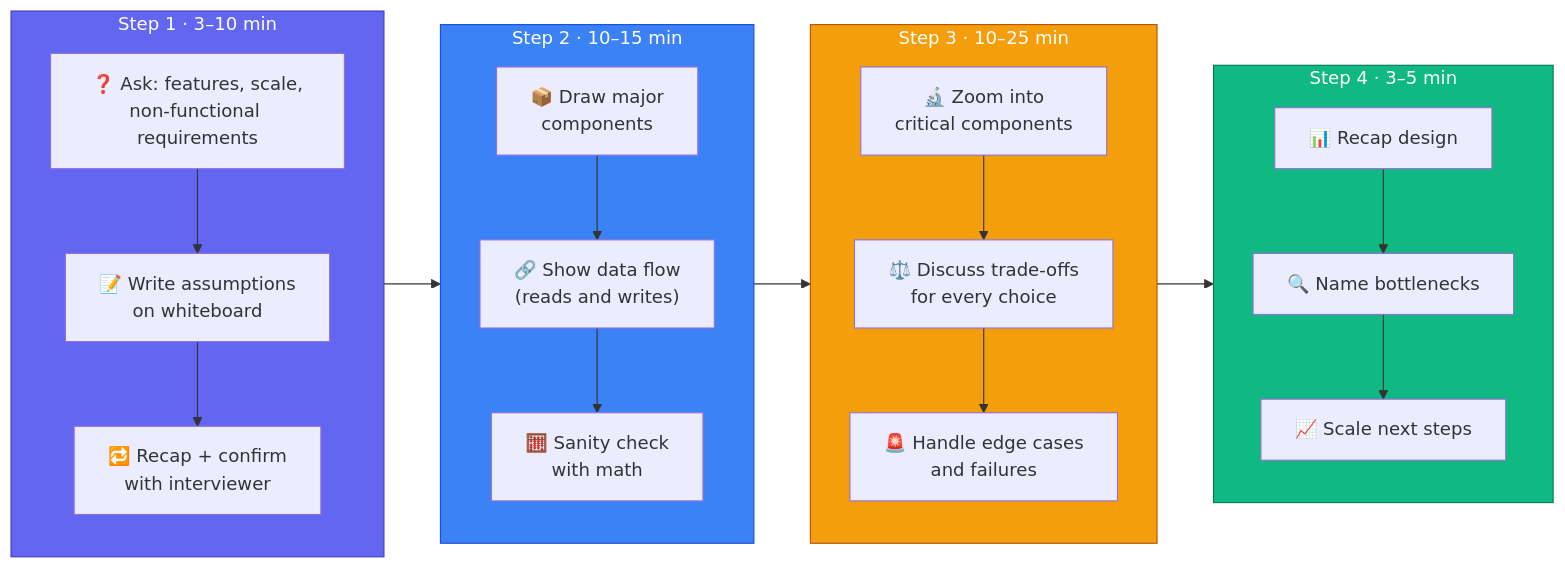
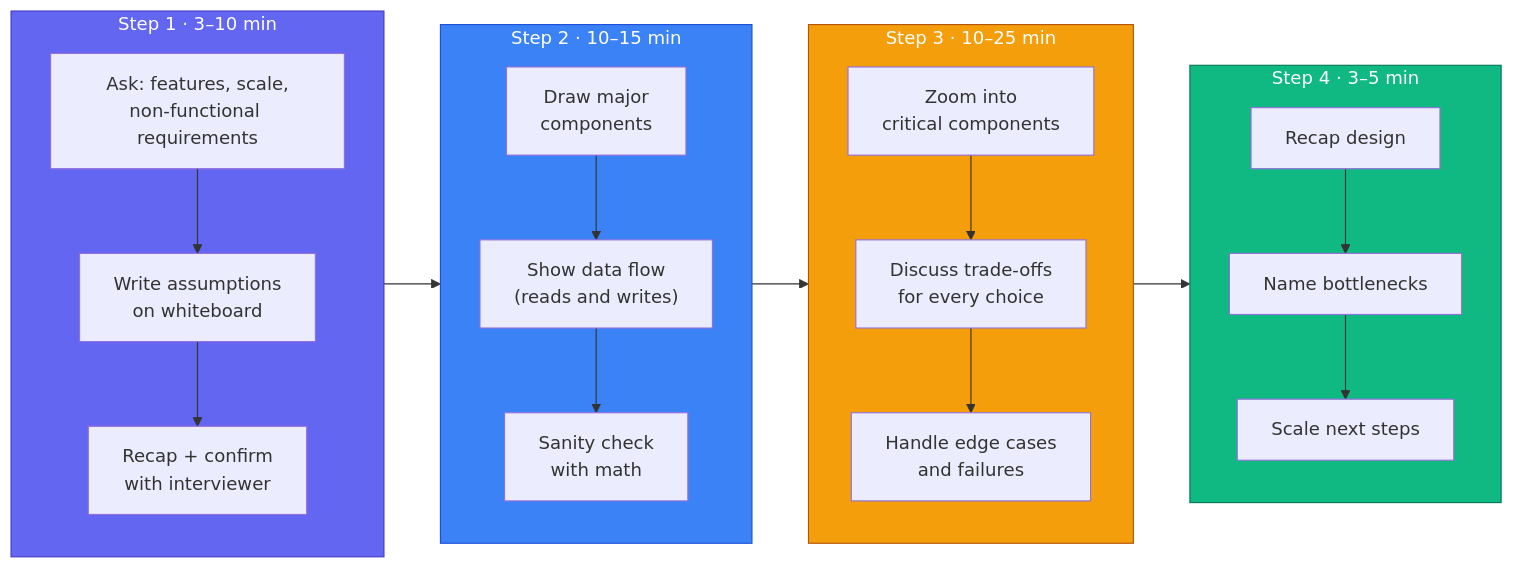
One commit to devops-monk/system-design-blog changed diagram 18 of 18 in content/posts/2026/framework-for-system-design-interviews.md. Above: the diagram before and after it, drawn with Mermaid. The commit also changed other lines of this file and 5 other files, not shown here.

````diff
--- a/content/posts/2026/framework-for-system-design-interviews.md
+++ b/content/posts/2026/framework-for-system-design-interviews.md
@@ -744,37 +722,37 @@
 ```mermaid
 flowchart LR
     subgraph STEP1["Step 1 · 3–10 min"]
-        A1["❓ Ask: features, scale,\nnon-functional requirements"]
-        A2["📝 Write assumptions\non whiteboard"]
-        A3["🔁 Recap + confirm\nwith interviewer"]
+        A1["Ask: features, scale,\nnon-functional requirements"]
+        A2["Write assumptions\non whiteboard"]
+        A3["Recap + confirm\nwith interviewer"]
         A1 --> A2 --> A3
     end
 
     subgraph STEP2["Step 2 · 10–15 min"]
-        B1["📦 Draw major\ncomponents"]
-        B2["🔗 Show data flow\n(reads and writes)"]
-        B3["🧮 Sanity check\nwith math"]
+        B1["Draw major\ncomponents"]
+        B2["Show data flow\n(reads and writes)"]
+        B3["Sanity check\nwith math"]
         B1 --> B2 --> B3
     end
 
     subgraph STEP3["Step 3 · 10–25 min"]
-        C1["🔬 Zoom into\ncritical components"]
-        C2["⚖️ Discuss trade-offs\nfor every choice"]
-        C3["🚨 Handle edge cases\nand failures"]
+        C1["Zoom into\ncritical components"]
+        C2["Discuss trade-offs\nfor every choice"]
+        C3["Handle edge cases\nand failures"]
         C1 --> C2 --> C3
     end
 
     subgraph STEP4["Step 4 · 3–5 min"]
-        D1["📊 Recap design"]
-        D2["🔍 Name bottlenecks"]
-        D3["📈 Scale next steps"]
+        D1["Recap design"]
+        D2["Name bottlenecks"]
+        D3["Scale next steps"]
         D1 --> D2 --> D3
     end
 
     STEP1 --> STEP2 --> STEP3 --> STEP4
 
     style STEP1 fill:#6366F1,stroke:#4338CA,color:#fff
     style STEP2 fill:#3B82F6,stroke:#1D4ED8,color:#fff
     style STEP3 fill:#F59E0B,stroke:#B45309,color:#fff
     style STEP4 fill:#10B981,stroke:#047857,color:#fff
 ```
````
